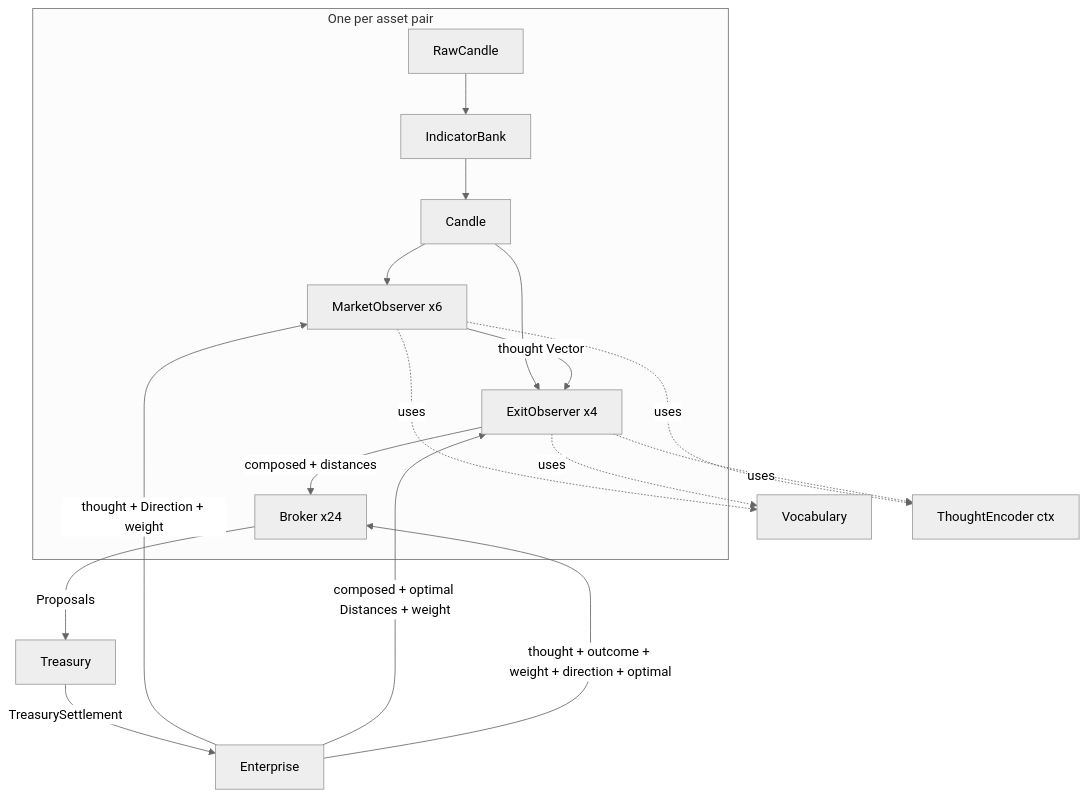
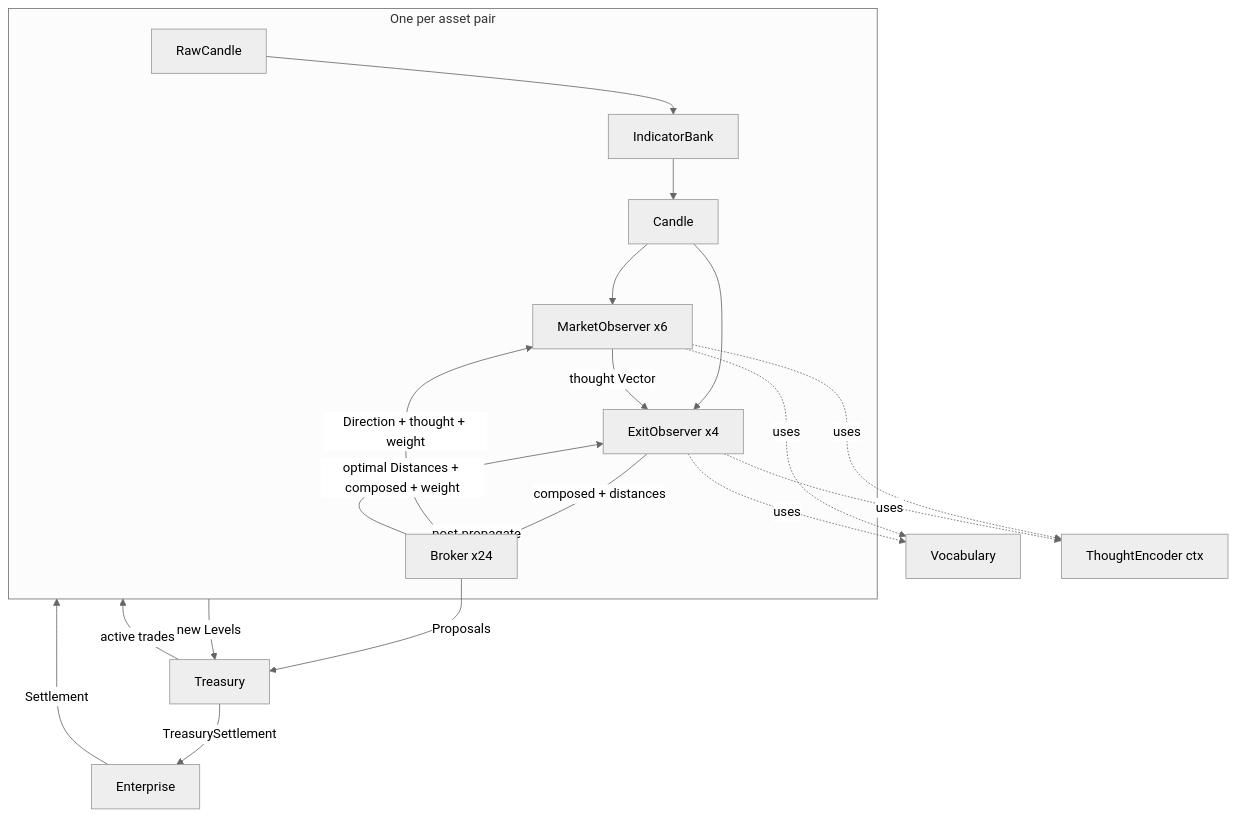
Before and after one commit to watmin/holon-lab-trading: the first of 8 diagrams in wat/CIRCUIT.md, drawn with Mermaid (neutral theme). The commit also changed other lines of this file, not shown here.

````diff
--- a/wat/CIRCUIT.md
+++ b/wat/CIRCUIT.md
@@ -15,20 +15,23 @@
 ```mermaid
 graph TD
     subgraph Post [One per asset pair]
         RC[RawCandle] --> IB[IndicatorBank]
         IB --> CD[Candle]
         CD --> MO[MarketObserver x6]
         CD --> EO[ExitObserver x4]
         MO -->|thought Vector| EO
         EO -->|composed + distances| BR[Broker x24]
     end
     MO -.->|uses| VO[Vocabulary]
     MO -.->|uses| TE[ThoughtEncoder ctx]
     EO -.->|uses| VO
     EO -.->|uses| TE
     BR -->|Proposals| TR[Treasury]
     TR -->|TreasurySettlement| EN[Enterprise]
-    EN -->|thought + Direction + weight| MO
-    EN -->|composed + optimal Distances + weight| EO
-    EN -->|thought + outcome + weight + direction + optimal| BR
+    EN -->|Settlement| Post
+    Post -->|post-propagate| BR
+    BR -->|Direction + thought + weight| MO
+    BR -->|optimal Distances + composed + weight| EO
+    TR -->|active trades| Post
+    Post -->|new Levels| TR
 ```
````
